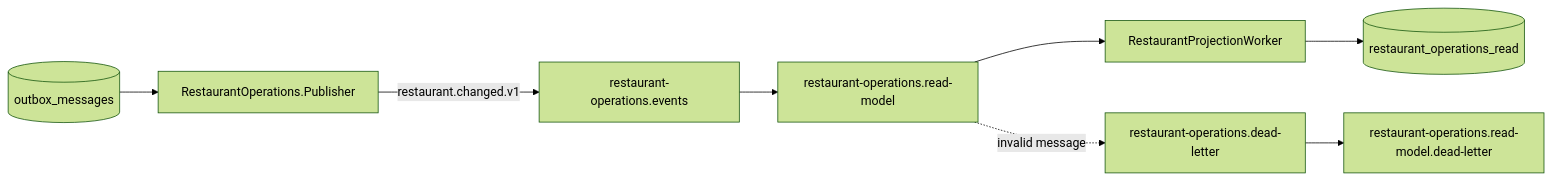
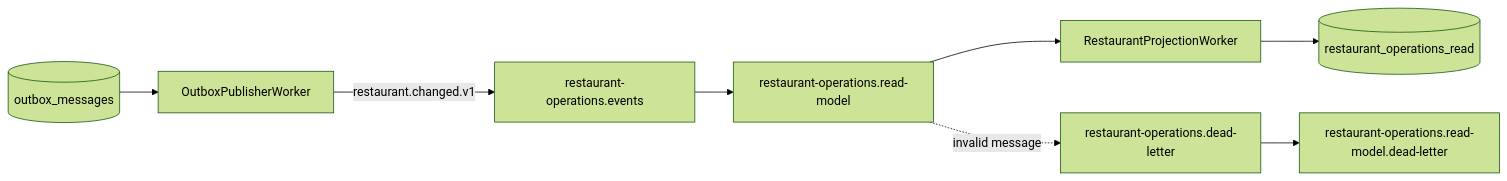
The sixth of 7 diagrams in docs/RestaurantOperations.README.md (sergioocode/Restaurantes), drawn with Mermaid (forest theme) before and after one commit. The commit also changed other lines of this file and 11 other files, not shown here.

````diff
--- a/docs/RestaurantOperations.README.md
+++ b/docs/RestaurantOperations.README.md
@@ -378,19 +376,19 @@
 ```mermaid
 flowchart LR
     Outbox[("outbox_messages")]
-    Publisher["RestaurantOperations.Publisher"]
+    Publisher["OutboxPublisherWorker"]
     Exchange["restaurant-operations.events"]
     Queue["restaurant-operations.read-model"]
     Consumer["RestaurantProjectionWorker"]
     ReadDb[("restaurant_operations_read")]
     DLX["restaurant-operations.dead-letter"]
     DLQ["restaurant-operations.read-model.dead-letter"]
 
     Outbox --> Publisher
     Publisher -->|restaurant.changed.v1| Exchange
     Exchange --> Queue
     Queue --> Consumer
     Consumer --> ReadDb
     Queue -. invalid message .-> DLX
     DLX --> DLQ
 ```
````
